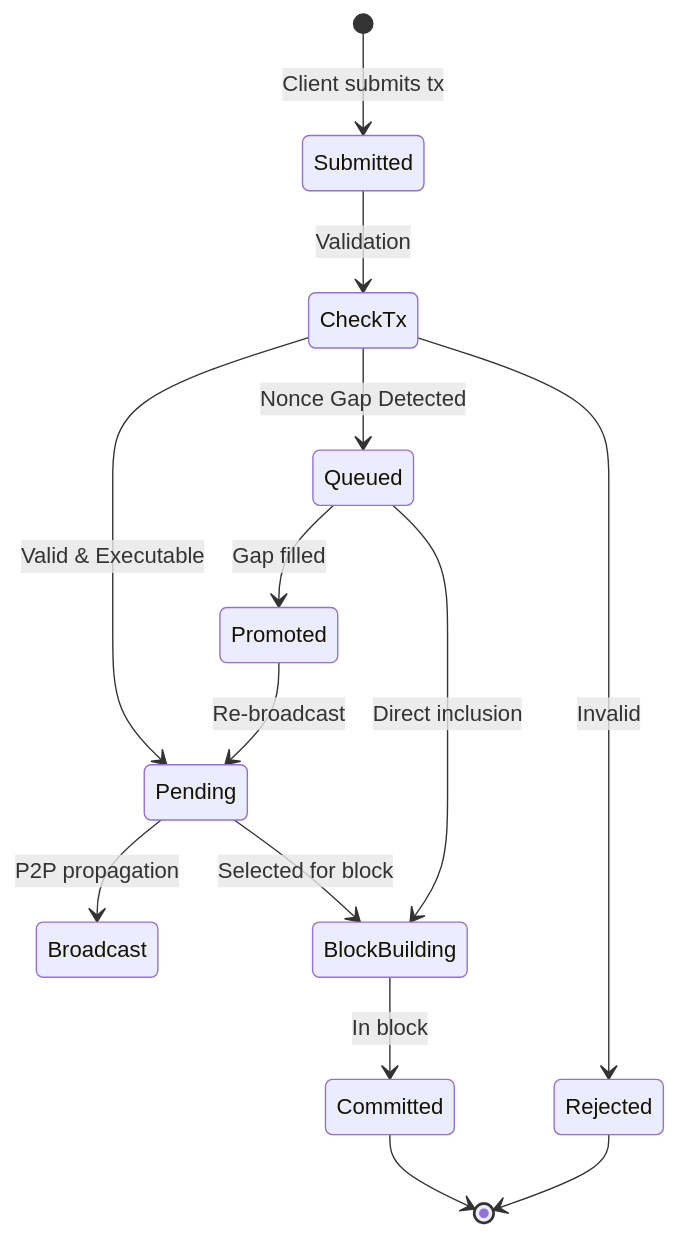
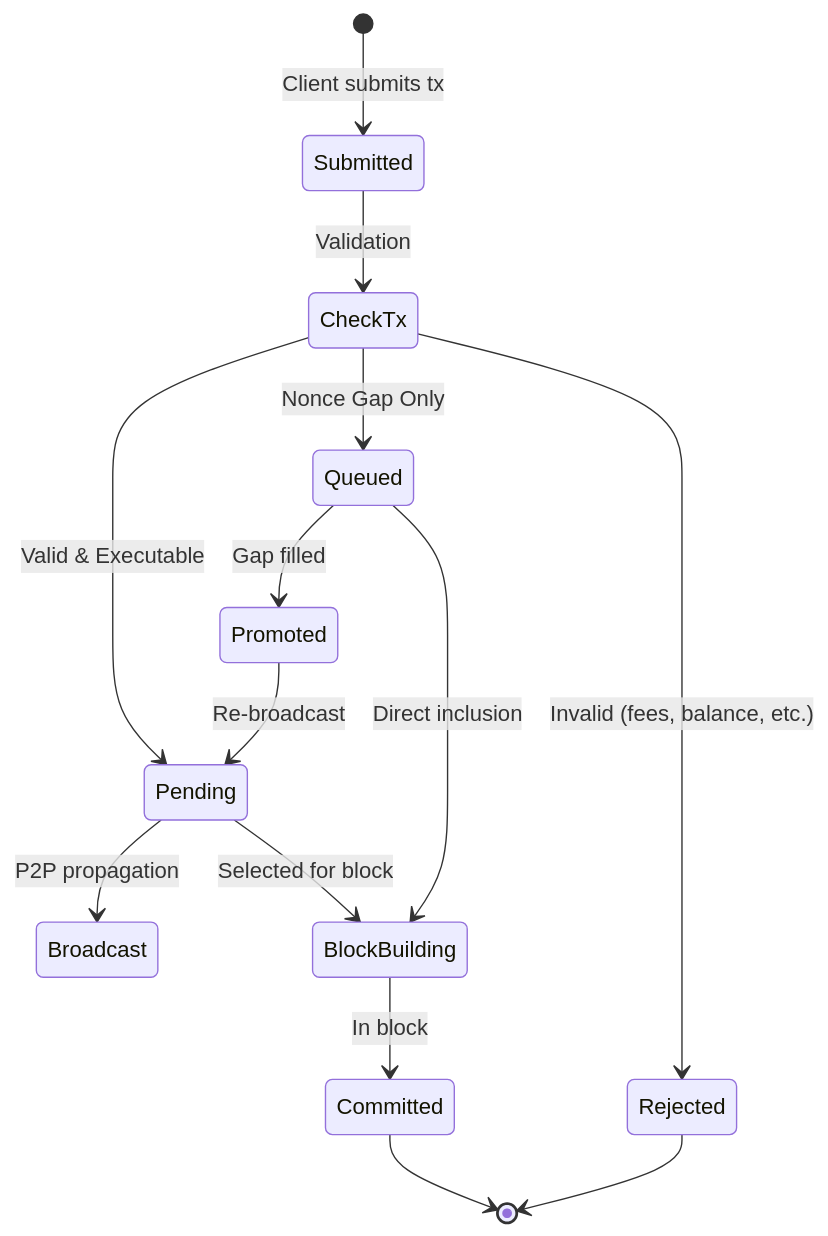
One commit to nayname/docs changed the second of 2 diagrams in docs/documentation/concepts/mempool.mdx. Above: the diagram before and after it, drawn with Mermaid. The commit also changed other lines of this file and 2 other files, not shown here.

````diff
--- a/docs/documentation/concepts/mempool.mdx
+++ b/docs/documentation/concepts/mempool.mdx
@@ -150,20 +175,20 @@
 ```mermaid
 stateDiagram-v2
     [*] --> Submitted: Client submits tx
     Submitted --> CheckTx: Validation
 
     CheckTx --> Pending: Valid & Executable
-    CheckTx --> Queued: Nonce Gap Detected
-    CheckTx --> Rejected: Invalid
+    CheckTx --> Queued: Nonce Gap Only
+    CheckTx --> Rejected: Invalid (fees, balance, etc.)
 
     Queued --> Promoted: Gap filled
     Promoted --> Pending: Re-broadcast
 
     Pending --> Broadcast: P2P propagation
     Pending --> BlockBuilding: Selected for block
     Queued --> BlockBuilding: Direct inclusion
 
     BlockBuilding --> Committed: In block
     Rejected --> [*]
     Committed --> [*]
 ```
````
